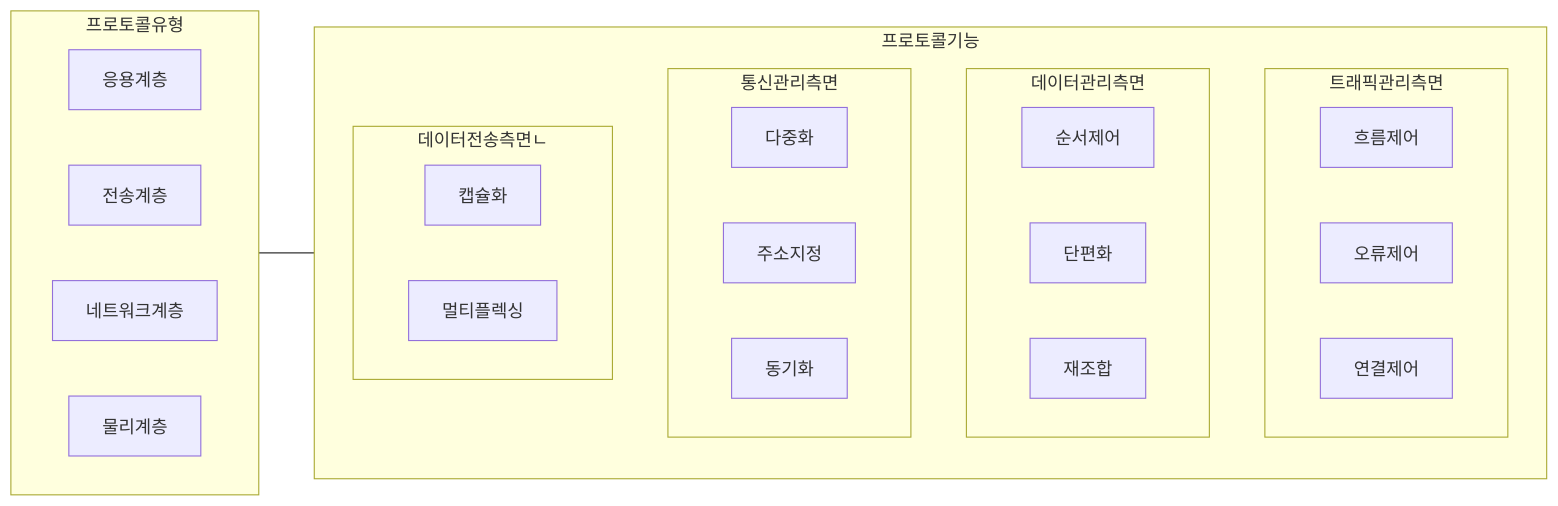
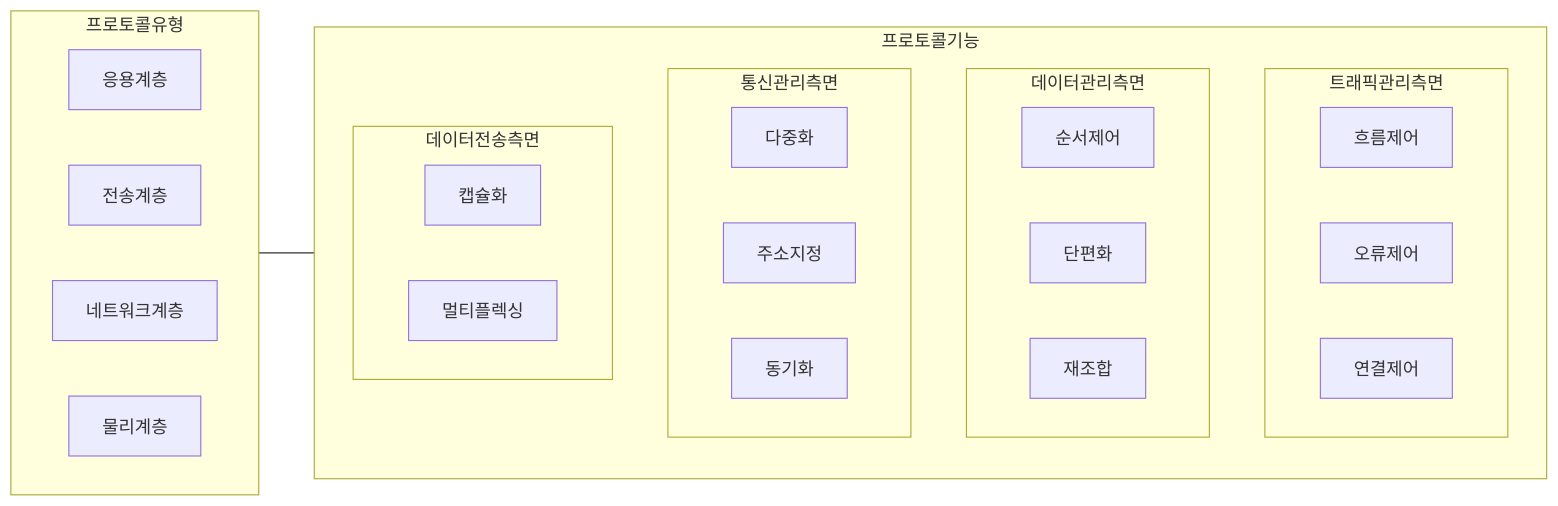
One commit to gracefullight/gracefullight.github.io changed the second of 2 diagrams in blog/pe/nw/network-protocol.md. Above: the diagram before and after it, drawn with Mermaid.

Commit message:
docs: 📚️ typo

````diff
--- a/blog/pe/nw/network-protocol.md
+++ b/blog/pe/nw/network-protocol.md
@@ -59,37 +59,37 @@
 ```mermaid
 graph LR
   subgraph 프로토콜유형
     direction LR
     응용계층
     전송계층
     네트워크계층
     물리계층
   end
 
   subgraph 프로토콜기능
     subgraph 트래픽관리측면
       흐름제어
       오류제어
       연결제어
     end
 
     subgraph 데이터관리측면
       순서제어
       단편화
       재조합
     end
 
     subgraph 통신관리측면
       다중화
       주소지정
       동기화
     end
 
-    subgraph 데이터전송측면ㄴ
+    subgraph 데이터전송측면
       캡슐화
       멀티플렉싱
     end
   end
 
   프로토콜유형 --- 프로토콜기능
 ```
````
